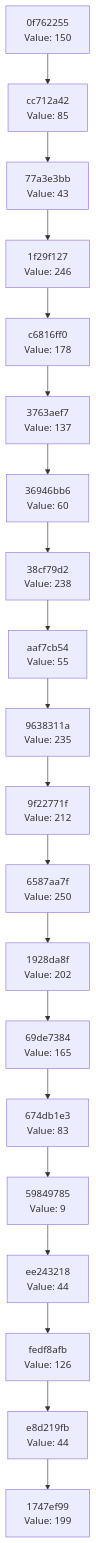
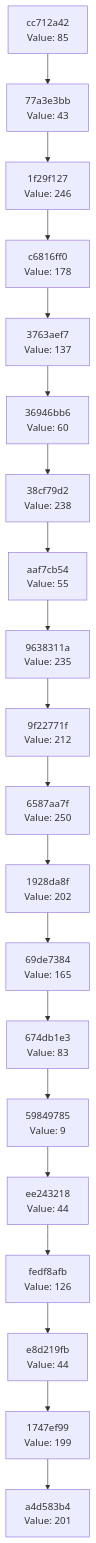
Before and after one commit to Abhisheksinha1506/hash-chain-evolver: the diagram in docs/CHAIN_VISUALIZATION.md, drawn with Mermaid. The commit also changed 2 other files, not shown here.

Commit message:
Evolution Step

````diff
--- a/docs/CHAIN_VISUALIZATION.md
+++ b/docs/CHAIN_VISUALIZATION.md
@@ -3,42 +3,42 @@
 ```mermaid
 graph TD
-    C0["1747ef99<br/>Value: 199"]
-    C1["e8d219fb<br/>Value: 44"]
+    C0["a4d583b4<br/>Value: 201"]
+    C1["1747ef99<br/>Value: 199"]
     C1 --> C0
-    C2["fedf8afb<br/>Value: 126"]
+    C2["e8d219fb<br/>Value: 44"]
     C2 --> C1
-    C3["ee243218<br/>Value: 44"]
+    C3["fedf8afb<br/>Value: 126"]
     C3 --> C2
-    C4["59849785<br/>Value: 9"]
+    C4["ee243218<br/>Value: 44"]
     C4 --> C3
-    C5["674db1e3<br/>Value: 83"]
+    C5["59849785<br/>Value: 9"]
     C5 --> C4
-    C6["69de7384<br/>Value: 165"]
+    C6["674db1e3<br/>Value: 83"]
     C6 --> C5
-    C7["1928da8f<br/>Value: 202"]
+    C7["69de7384<br/>Value: 165"]
     C7 --> C6
-    C8["6587aa7f<br/>Value: 250"]
+    C8["1928da8f<br/>Value: 202"]
     C8 --> C7
-    C9["9f22771f<br/>Value: 212"]
+    C9["6587aa7f<br/>Value: 250"]
     C9 --> C8
-    C10["9638311a<br/>Value: 235"]
+    C10["9f22771f<br/>Value: 212"]
     C10 --> C9
-    C11["aaf7cb54<br/>Value: 55"]
+    C11["9638311a<br/>Value: 235"]
     C11 --> C10
-    C12["38cf79d2<br/>Value: 238"]
+    C12["aaf7cb54<br/>Value: 55"]
     C12 --> C11
-    C13["36946bb6<br/>Value: 60"]
+    C13["38cf79d2<br/>Value: 238"]
     C13 --> C12
-    C14["3763aef7<br/>Value: 137"]
+    C14["36946bb6<br/>Value: 60"]
     C14 --> C13
-    C15["c6816ff0<br/>Value: 178"]
+    C15["3763aef7<br/>Value: 137"]
     C15 --> C14
-    C16["1f29f127<br/>Value: 246"]
+    C16["c6816ff0<br/>Value: 178"]
     C16 --> C15
-    C17["77a3e3bb<br/>Value: 43"]
+    C17["1f29f127<br/>Value: 246"]
     C17 --> C16
-    C18["cc712a42<br/>Value: 85"]
+    C18["77a3e3bb<br/>Value: 43"]
     C18 --> C17
-    C19["0f762255<br/>Value: 150"]
+    C19["cc712a42<br/>Value: 85"]
     C19 --> C18
 ```
````
